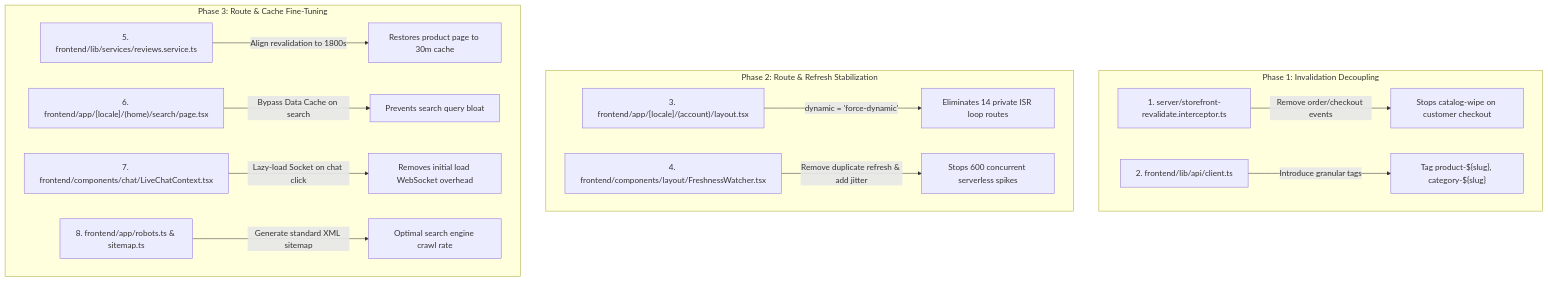
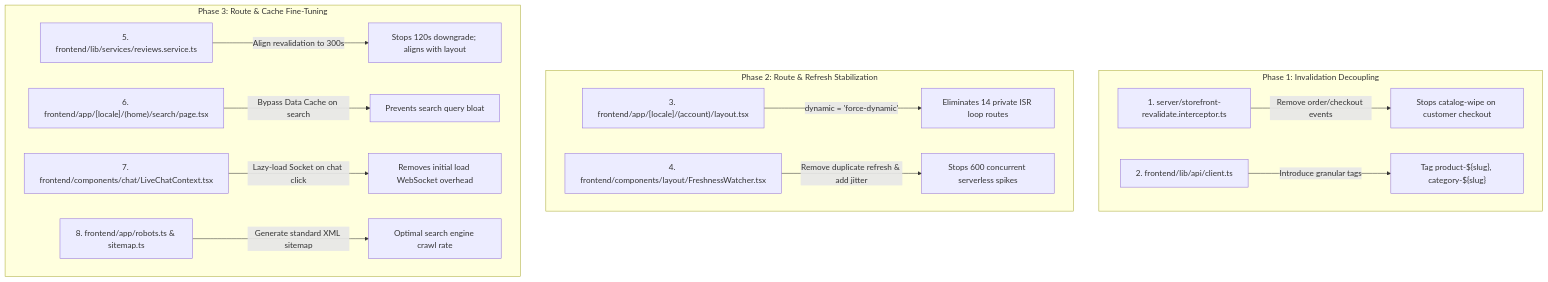
One commit to neyamat9/bajarshodai changed the diagram in VERCEL_PERFORMANCE_AND_ISR_OPTIMIZATION_PLAN.md. Above: the diagram before and after it, drawn with Mermaid. The commit also changed other lines of this file, not shown here.

````diff
--- a/VERCEL_PERFORMANCE_AND_ISR_OPTIMIZATION_PLAN.md
+++ b/VERCEL_PERFORMANCE_AND_ISR_OPTIMIZATION_PLAN.md
@@ -39,19 +39,19 @@
 ```mermaid
 flowchart TD
     subgraph Phase 1: Invalidation Decoupling
         A1["1. server/storefront-revalidate.interceptor.ts"] -->|Remove order/checkout events| B1["Stops catalog-wipe on customer checkout"]
         A2["2. frontend/lib/api/client.ts"] -->|Introduce granular tags| B2["Tag product-${slug}, category-${slug}"]
     end
 
     subgraph Phase 2: Route & Refresh Stabilization
         C1["3. frontend/app/[locale]/(account)/layout.tsx"] -->|dynamic = 'force-dynamic'| D1["Eliminates 14 private ISR loop routes"]
         C2["4. frontend/components/layout/FreshnessWatcher.tsx"] -->|Remove duplicate refresh & add jitter| D2["Stops 600 concurrent serverless spikes"]
     end
 
     subgraph Phase 3: Route & Cache Fine-Tuning
-        E1["5. frontend/lib/services/reviews.service.ts"] -->|Align revalidation to 1800s| F1["Restores product page to 30m cache"]
+        E1["5. frontend/lib/services/reviews.service.ts"] -->|Align revalidation to 300s| F1["Stops 120s downgrade; aligns with layout"]
         E2["6. frontend/app/[locale]/(home)/search/page.tsx"] -->|Bypass Data Cache on search| F2["Prevents search query bloat"]
         E3["7. frontend/components/chat/LiveChatContext.tsx"] -->|Lazy-load Socket on chat click| F3["Removes initial load WebSocket overhead"]
         E4["8. frontend/app/robots.ts & sitemap.ts"] -->|Generate standard XML sitemap| F4["Optimal search engine crawl rate"]
     end
 ```
````
